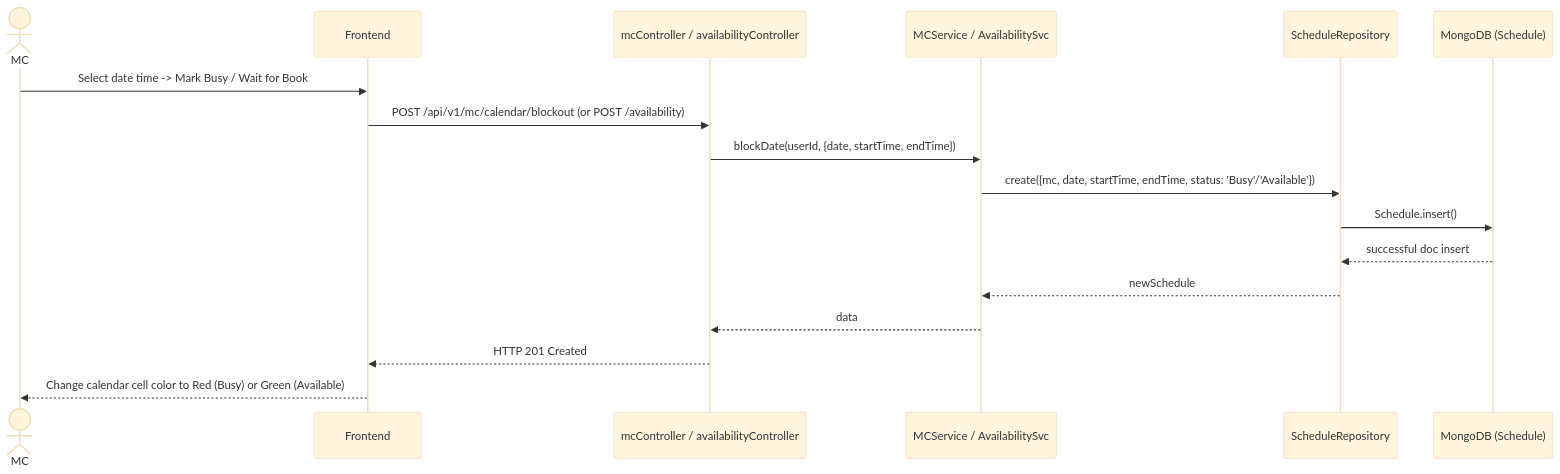
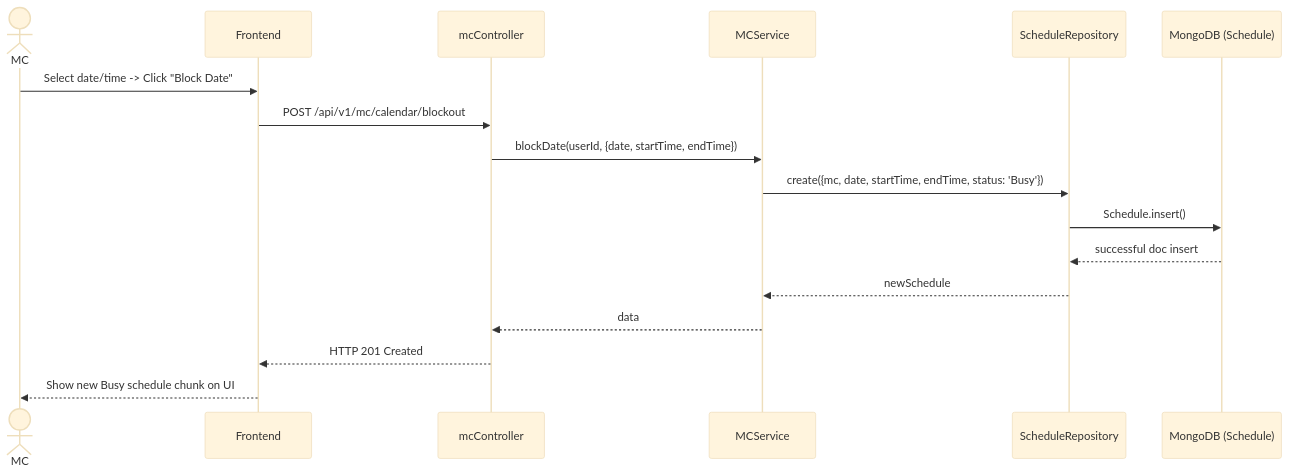
One commit to dat-21/SWD392 changed diagram 14 of 36 in UC_Backend_Design_Details.md. Above: the diagram before and after it, drawn with Mermaid (base theme). The commit also changed other lines of this file, not shown here.

Commit message:
feat: Refactor design documentation by removing the general system architecture diagram and adding specific high-level design diagrams for individual use cases.

````diff
--- a/UC_Backend_Design_Details.md
+++ b/UC_Backend_Design_Details.md
@@ -228,20 +320,20 @@
 ```mermaid
 sequenceDiagram
     actor MC
     participant FE as Frontend 
-    participant Ctrl as mcController / availabilityController
-    participant Svc as MCService / AvailabilitySvc
+    participant Ctrl as mcController
+    participant Svc as MCService
     participant Repo as ScheduleRepository
     participant DB as MongoDB (Schedule)
 
-    MC->>FE: Select date time -> Mark Busy / Wait for Book
-    FE->>Ctrl: POST /api/v1/mc/calendar/blockout (or POST /availability)
+    MC->>FE: Select date/time -> Click "Block Date"
+    FE->>Ctrl: POST /api/v1/mc/calendar/blockout
     Ctrl->>Svc: blockDate(userId, {date, startTime, endTime})
-    Svc->>Repo: create({mc, date, startTime, endTime, status: 'Busy'/'Available'})
+    Svc->>Repo: create({mc, date, startTime, endTime, status: 'Busy'})
     Repo->>DB: Schedule.insert()
     DB-->>Repo: successful doc insert
     Repo-->>Svc: newSchedule
     Svc-->>Ctrl: data
     Ctrl-->>FE: HTTP 201 Created
-    FE-->>MC: Change calendar cell color to Red (Busy) or Green (Available)
+    FE-->>MC: Show new Busy schedule chunk on UI
 ```
````
